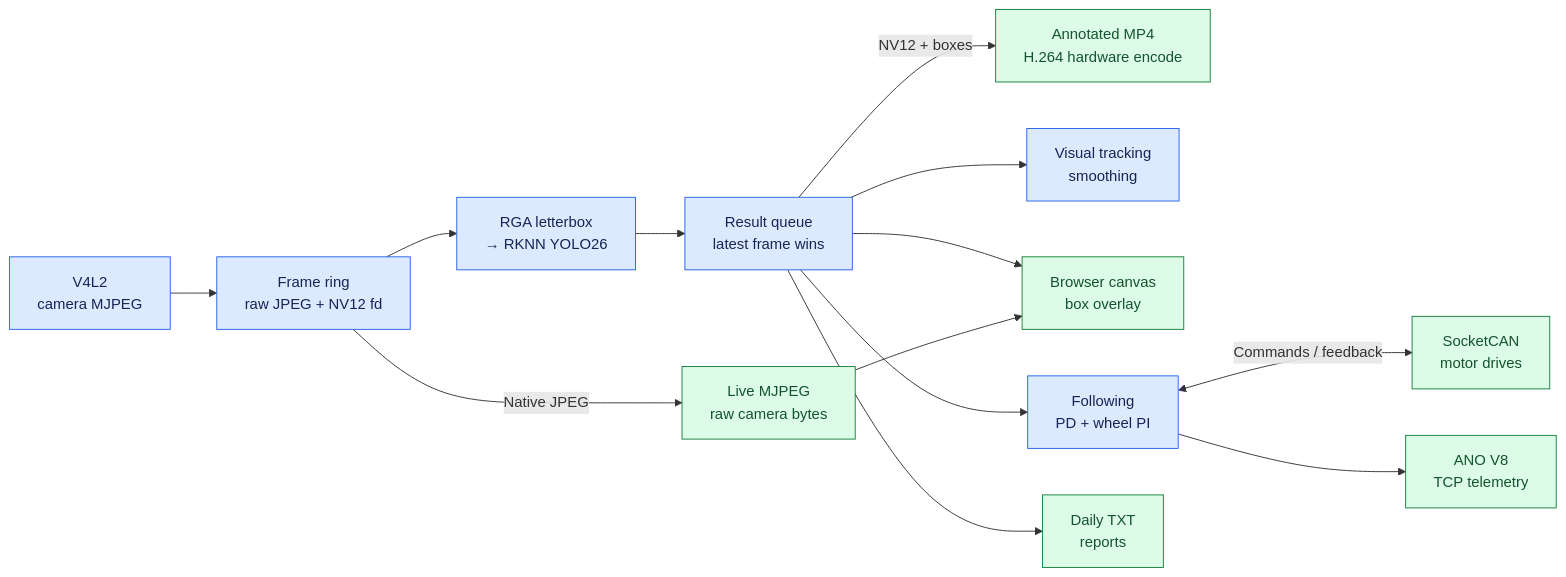
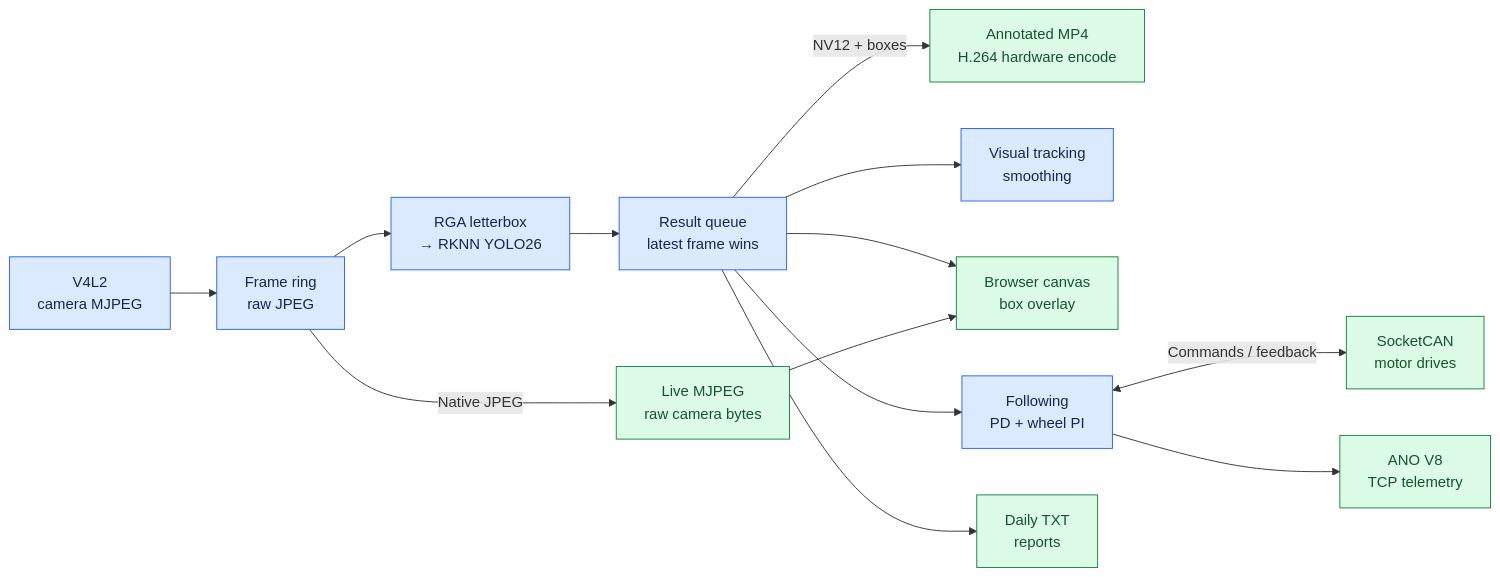
The fourth of 6 diagrams in README.md (qianruo-orange/autonomous-driving-car), drawn with Mermaid before and after one commit. The commit also changed other lines of this file and 2 other files, not shown here.

````diff
--- a/README.md
+++ b/README.md
@@ -422,19 +433,19 @@
 ```mermaid
 flowchart LR
-    Camera["V4L2<br/>camera MJPEG"] --> Ring["Frame ring<br/>raw JPEG + NV12 fd"]
+    Camera["V4L2<br/>camera MJPEG"] --> Ring["Frame ring<br/>raw JPEG"]
     Ring --> YOLO["RGA letterbox<br/>→ RKNN YOLO26"]
     Ring -->|Native JPEG| Video["Live MJPEG<br/>raw camera bytes"]
     YOLO --> Results["Result queue<br/>latest frame wins"]
     Results -->|NV12 + boxes| Annot["Annotated MP4<br/>H.264 hardware encode"]
     Results --> Track["Visual tracking<br/>smoothing"]
     Results --> Overlay["Browser canvas<br/>box overlay"]
     Video --> Overlay
     Results --> Follow["Following<br/>PD + wheel PI"]
     Follow <-->|Commands / feedback| CAN["SocketCAN<br/>motor drives"]
     Results --> Reports["Daily TXT<br/>reports"]
     Follow --> ANO["ANO V8<br/>TCP telemetry"]
     classDef process fill:#dbeafe,stroke:#2563eb,color:#172554
     classDef output fill:#dcfce7,stroke:#15803d,color:#14532d
     class Camera,Ring,YOLO,Results,Track,Follow process
     class Video,Annot,Overlay,CAN,Reports,ANO output
 ```
````
